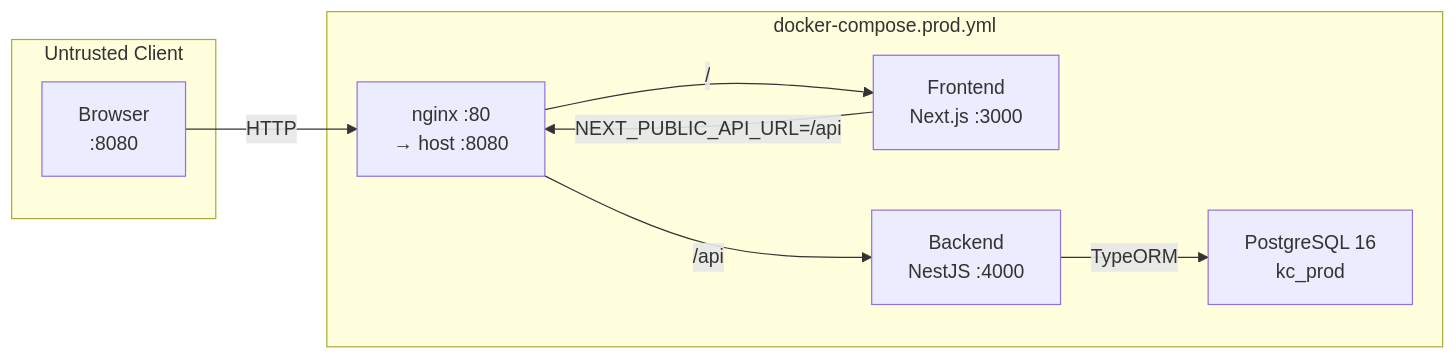
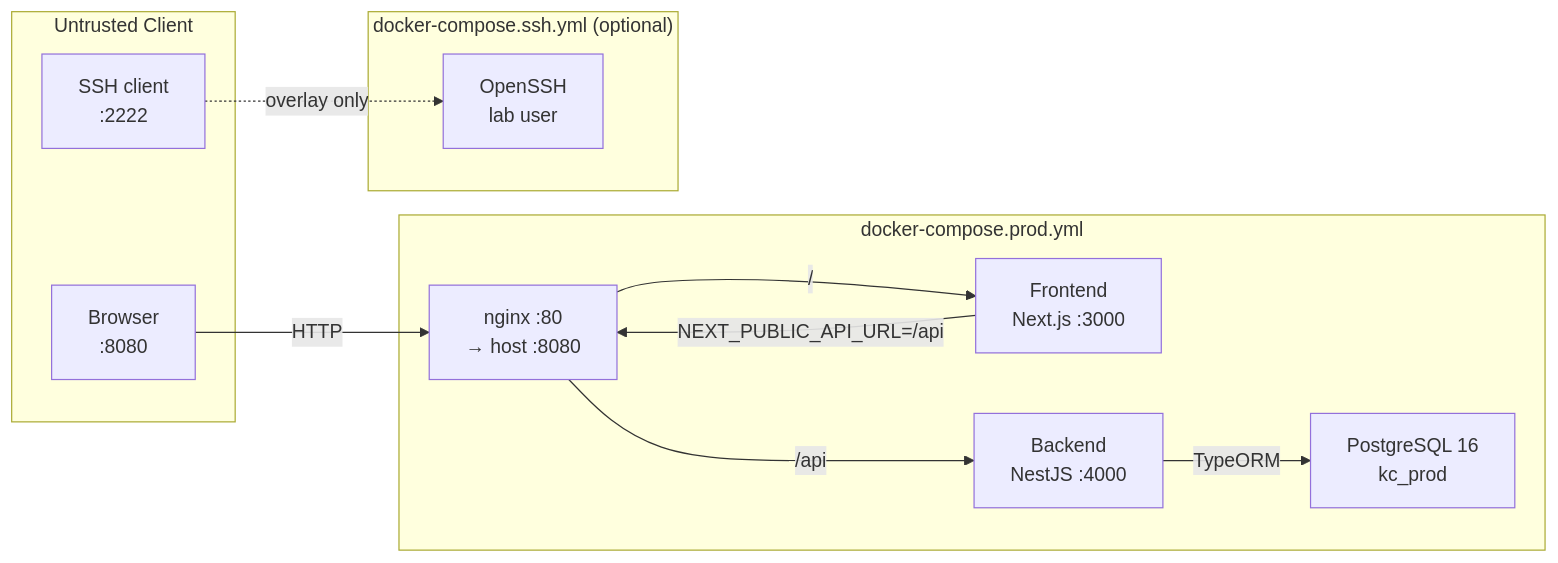
The first of 5 diagrams in docs/architecture/ARCHITECTURE.md (KLJr-Dev/KC-Project), drawn with Mermaid before and after one commit. The commit also changed other lines of this file and 34 other files, not shown here.

First line of the commit message:
docs: align architecture and roadmap with SoftDev v1.2.0 tip

````diff
--- a/docs/architecture/ARCHITECTURE.md
+++ b/docs/architecture/ARCHITECTURE.md
@@ -15,17 +20,22 @@
 ```mermaid
 flowchart LR
     subgraph client [Untrusted Client]
         Browser["Browser\n:8080"]
+        SshClient["SSH client\n:2222"]
     end
     subgraph compose [docker-compose.prod.yml]
         Nginx["nginx :80\n→ host :8080"]
         Frontend["Frontend\nNext.js :3000"]
         Backend["Backend\nNestJS :4000"]
         PG["PostgreSQL 16\nkc_prod"]
     end
+    subgraph sshOverlay ["docker-compose.ssh.yml (optional)"]
+        Ssh["OpenSSH\nlab user"]
+    end
     Browser -- "HTTP" --> Nginx
     Nginx -- "/" --> Frontend
     Nginx -- "/api" --> Backend
     Frontend -- "NEXT_PUBLIC_API_URL=/api" --> Nginx
     Backend -- "TypeORM" --> PG
+    SshClient -.->|"overlay only"| Ssh
 ```
````
